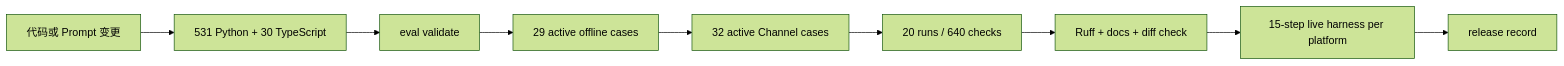
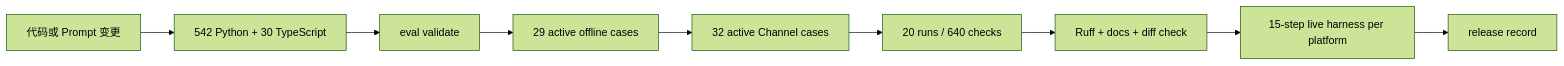
Before and after one commit to NEDONION/lobster0: the diagram in docs/evals/README.md, drawn with Mermaid (forest theme). The commit also changed other lines of this file and 31 other files, not shown here.

````diff
--- a/docs/evals/README.md
+++ b/docs/evals/README.md
@@ -18,11 +18,11 @@
 ```mermaid
 flowchart LR
-    CHANGE["代码或 Prompt 变更"] --> UNIT["531 Python + 30 TypeScript"]
+    CHANGE["代码或 Prompt 变更"] --> UNIT["542 Python + 30 TypeScript"]
     UNIT --> VALIDATE["eval validate"]
     VALIDATE --> OFFLINE["29 active offline cases"]
     OFFLINE --> CHANNEL["32 active Channel cases"]
     CHANNEL --> SOAK["20 runs / 640 checks"]
     SOAK --> RUFF["Ruff + docs + diff check"]
     RUFF --> LIVE["15-step live harness per platform"]
     LIVE --> RECORD["release record"]
 ```
````
